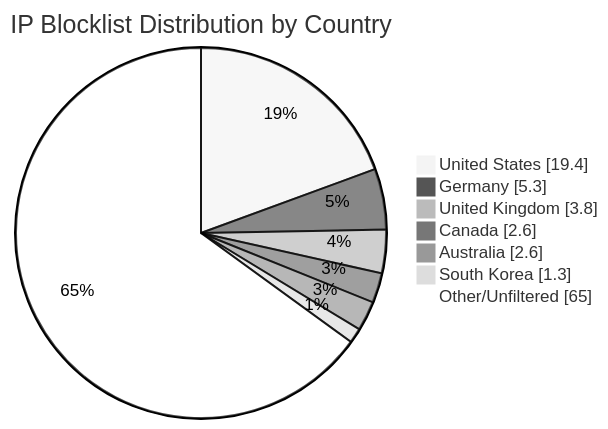
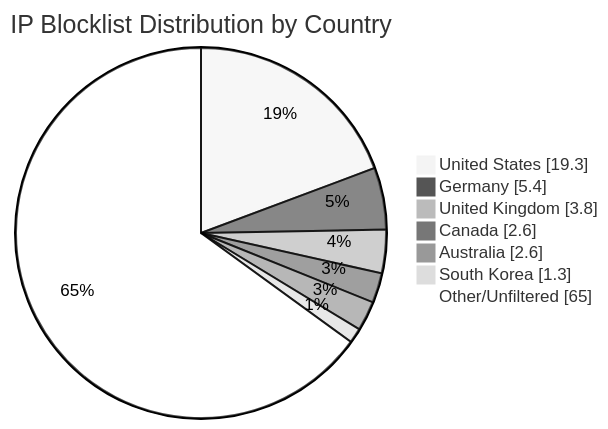
Before and after one commit to MarcusHoltz/ipblocklist-geofiltered-aggregator: the diagram in README.md, drawn with Mermaid (neutral theme). The commit also changed other lines of this file and 9 other files, not shown here.

````diff
--- a/README.md
+++ b/README.md
@@ -34,10 +34,10 @@
 ```mermaid
 pie showData title IP Blocklist Distribution by Country
-"United States" : 19.4
-"Germany" : 5.3
+"United States" : 19.3
+"Germany" : 5.4
 "United Kingdom" : 3.8
 "Canada" : 2.6
 "Australia" : 2.6
 "South Korea" : 1.3
 "Other/Unfiltered" : 65.0
 ```
````
